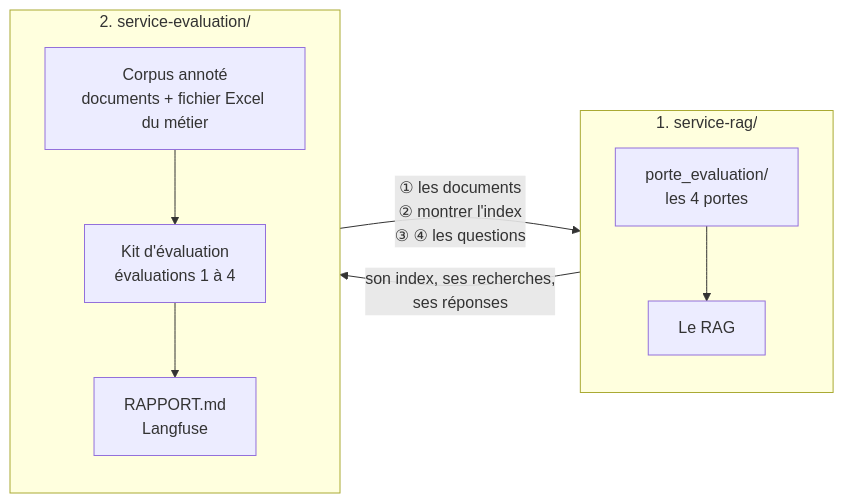
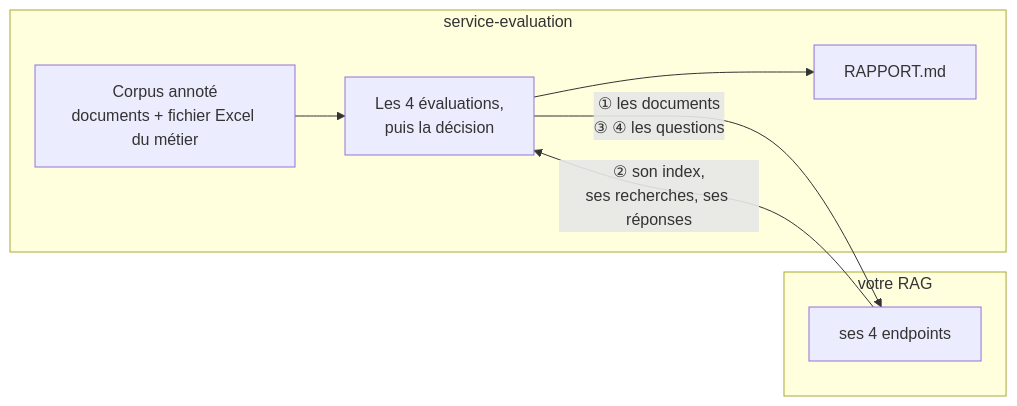
One commit to floSa/RAG-Evaluation changed the diagram in README.md. Above: the diagram before and after it, drawn with Mermaid. The commit also changed other lines of this file, not shown here.

Commit message:
README : les trois dossiers, ce que fait le service, par où commencer

````diff
--- a/README.md
+++ b/README.md
@@ -46,18 +53,11 @@
 ```mermaid
 flowchart LR
-    subgraph R["1. service-rag/"]
-        direction TB
-        X["Le RAG"]
-        P["porte_evaluation/<br/>les 4 portes"]
-        P --> X
+    subgraph E["service-evaluation"]
+        C["Corpus annoté<br/>documents + fichier Excel du métier"] --> K["Les 4 évaluations,<br/>puis la décision"] --> D["RAPPORT.md"]
     end
-    subgraph E["2. service-evaluation/"]
-        direction TB
-        C["Corpus annoté<br/>documents + fichier Excel du métier"]
-        K["Kit d'évaluation<br/>évaluations 1 à 4"]
-        D["RAPPORT.md<br/>Langfuse"]
-        C --> K --> D
+    subgraph R["votre RAG"]
+        P["ses 4 endpoints"]
     end
-    K -- "① les documents<br/>② montrer l'index<br/>③ ④ les questions" --> P
-    P -- "son index, ses recherches,<br/>ses réponses" --> K
+    K -- "① les documents<br/>③ ④ les questions" --> P
+    P -- "② son index,<br/>ses recherches, ses réponses" --> K
 ```
````
